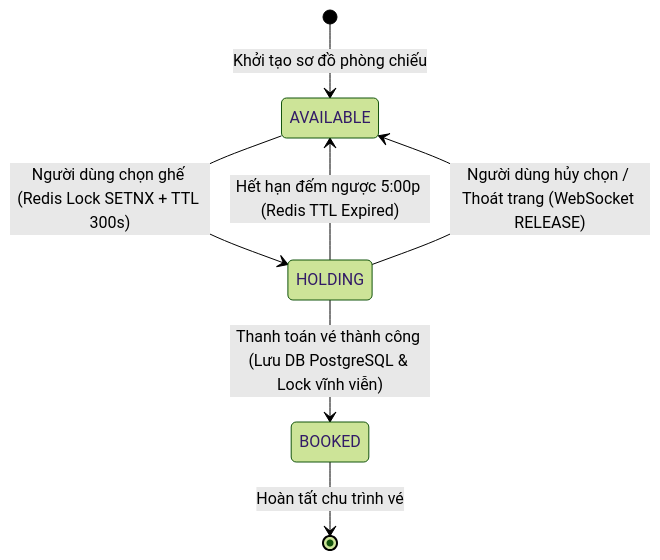
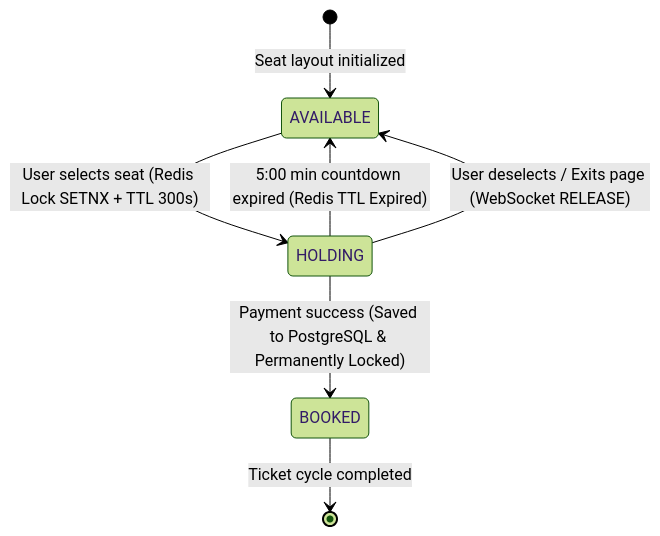
Before and after one commit to KhacToanNguyen-23/cinema-web-app: the first of 2 diagrams in README.md, drawn with Mermaid (forest theme). The commit also changed other lines of this file and 3 other files, not shown here.

````diff
--- a/README.md
+++ b/README.md
@@ -87,13 +87,13 @@
 ```mermaid
 stateDiagram-v2
-    [*] --> AVAILABLE: Khởi tạo sơ đồ phòng chiếu
+    [*] --> AVAILABLE: Seat layout initialized
 
-    AVAILABLE --> HOLDING: Người dùng chọn ghế (Redis Lock SETNX + TTL 300s)
+    AVAILABLE --> HOLDING: User selects seat (Redis Lock SETNX + TTL 300s)
     
-    HOLDING --> AVAILABLE: Hết hạn đếm ngược 5:00p (Redis TTL Expired)
-    HOLDING --> AVAILABLE: Người dùng hủy chọn / Thoát trang (WebSocket RELEASE)
+    HOLDING --> AVAILABLE: 5:00 min countdown expired (Redis TTL Expired)
+    HOLDING --> AVAILABLE: User deselects / Exits page (WebSocket RELEASE)
     
-    HOLDING --> BOOKED: Thanh toán vé thành công (Lưu DB PostgreSQL & Lock vĩnh viễn)
+    HOLDING --> BOOKED: Payment success (Saved to PostgreSQL & Permanently Locked)
     
-    BOOKED --> [*]: Hoàn tất chu trình vé
+    BOOKED --> [*]: Ticket cycle completed
 ```
````
